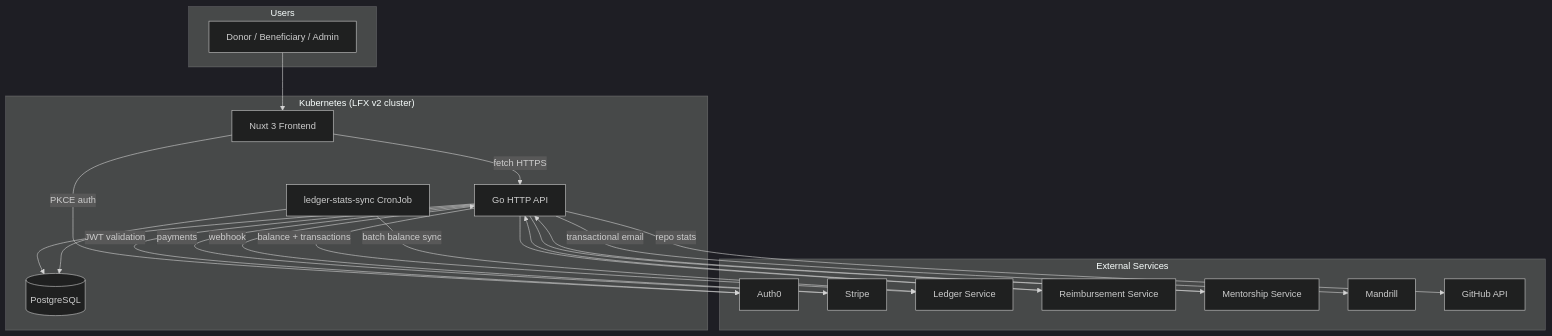
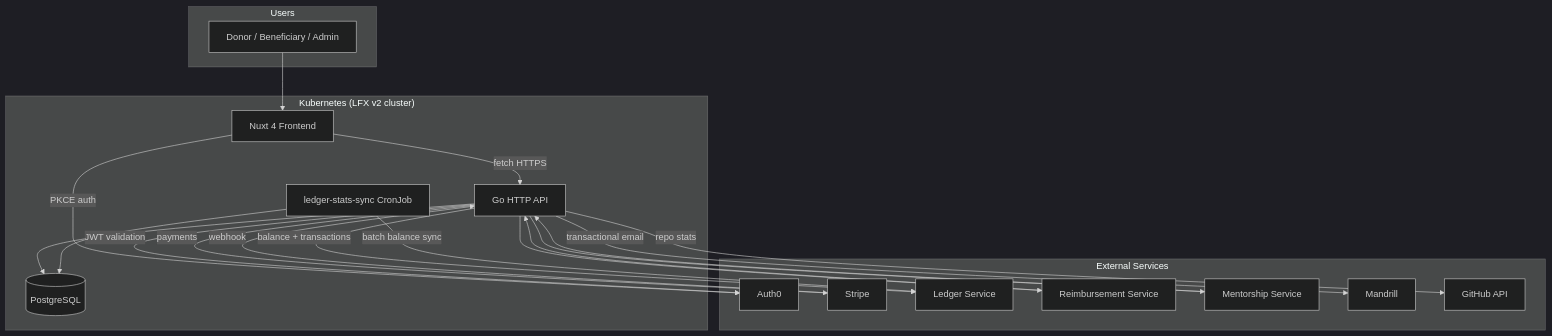
Before and after one commit to linuxfoundation/lfx-crowdfunding: the first of 8 diagrams in docs/architecture.md, drawn with Mermaid (dark theme). The commit also changed other lines of this file, not shown here.

First line of the commit message:
docs(architecture): fix Nuxt version, API paths, and Ledger integration row

````diff
--- a/docs/architecture.md
+++ b/docs/architecture.md
@@ -12,41 +12,41 @@
 ```mermaid
 graph TB
     subgraph Users
         U[Donor / Beneficiary / Admin]
     end
 
     subgraph K8s["Kubernetes (LFX v2 cluster)"]
-        FE["Nuxt 3 Frontend"]
+        FE["Nuxt 4 Frontend"]
         API["Go HTTP API"]
         LSS["ledger-stats-sync CronJob"]
         DB[("PostgreSQL")]
 
         FE -- "fetch HTTPS" --> API
         API --> DB
         LSS --> DB
     end
 
     subgraph External["External Services"]
         AUTH0[Auth0]
         STRIPE[Stripe]
         LEDGER["Ledger Service"]
         RS["Reimbursement Service"]
         MENTORSHIP["Mentorship Service"]
         MANDRILL[Mandrill]
         GITHUB[GitHub API]
     end
 
     U --> FE
     FE -- "PKCE auth" --> AUTH0
     API -- "JWT validation" --> AUTH0
     API -- "payments" --> STRIPE
     STRIPE -- "webhook" --> API
     API -- "balance + transactions" --> LEDGER
     LSS -- "batch balance sync" --> LEDGER
     API --> RS
     RS --> API
     API --> MENTORSHIP
     MENTORSHIP --> API
     API -- "transactional email" --> MANDRILL
     API -- "repo stats" --> GITHUB
 ```
````
